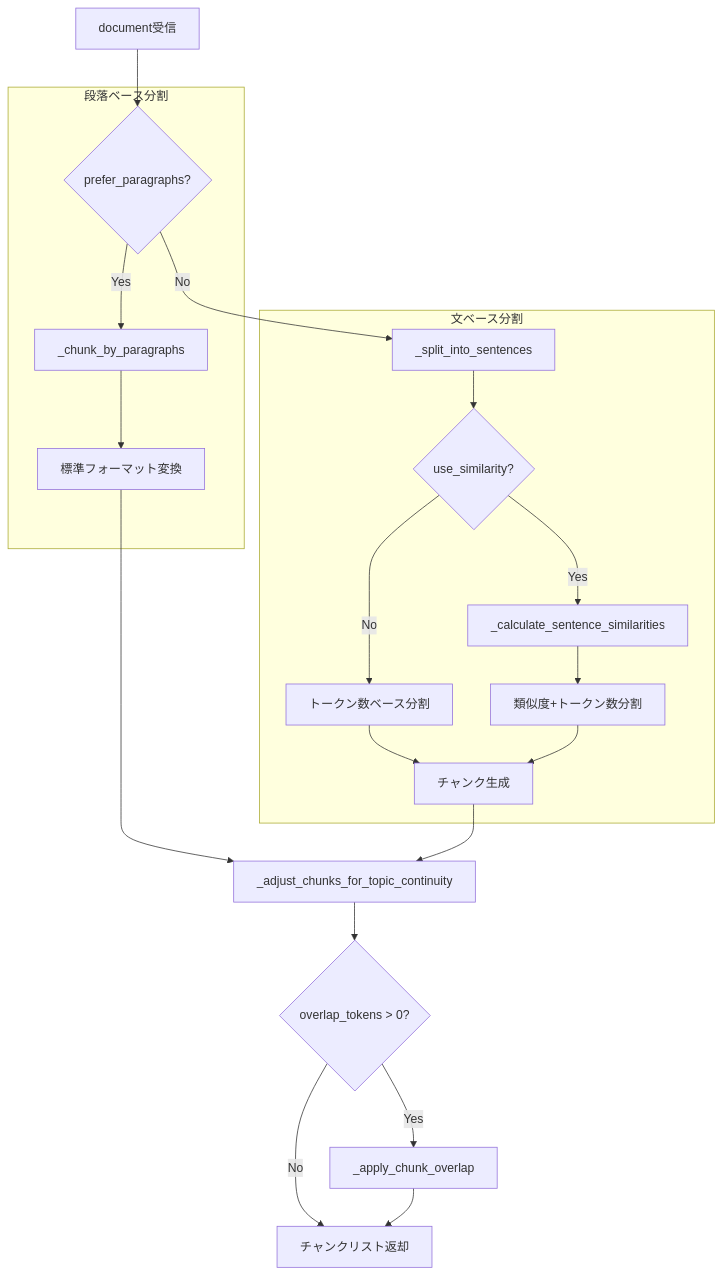
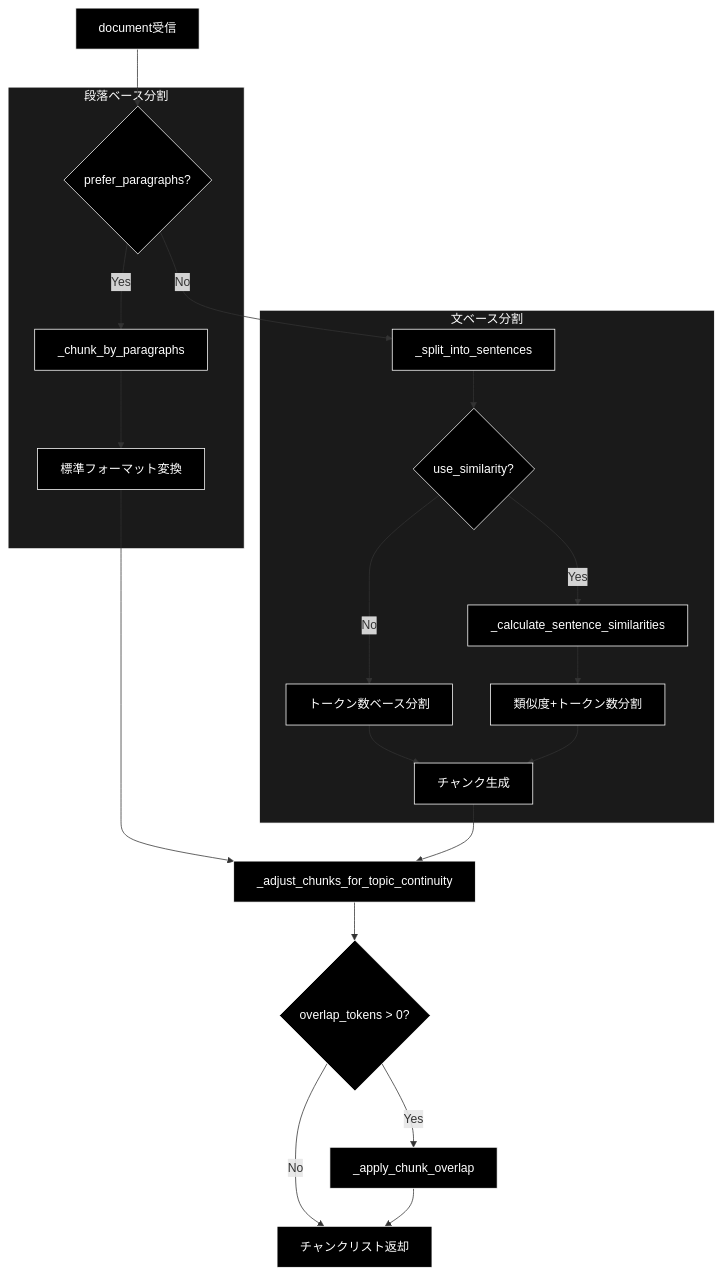
One commit to nakashima2toshio/ollama_grace_agent_v2 changed the third of 9 diagrams in qa_generation/doc/semantic.md. Above: the diagram before and after it, drawn with Mermaid. The commit also changed other lines of this file and 7 other files, not shown here.

````diff
--- a/qa_generation/doc/semantic.md
+++ b/qa_generation/doc/semantic.md
@@ -164,26 +173,31 @@
 ```mermaid
 flowchart TD
     A[document受信] --> B{prefer_paragraphs?}
 
     subgraph "段落ベース分割"
         B -->|Yes| C[_chunk_by_paragraphs]
         C --> D[標準フォーマット変換]
     end
 
     subgraph "文ベース分割"
         B -->|No| E[_split_into_sentences]
         E --> F{use_similarity?}
         F -->|Yes| G[_calculate_sentence_similarities]
         F -->|No| H[トークン数ベース分割]
         G --> I[類似度+トークン数分割]
         H --> J[チャンク生成]
         I --> J
     end
 
     D --> K[_adjust_chunks_for_topic_continuity]
     J --> K
     K --> L{overlap_tokens > 0?}
     L -->|Yes| M[_apply_chunk_overlap]
     L -->|No| N[チャンクリスト返却]
     M --> N
+classDef default fill:#000,stroke:#fff,color:#fff
+classDef subgraphStyle fill:#1a1a1a,stroke:#fff,color:#fff
+class A,B,C,D,E,F,G,H,I,J,K,L,M,N default
+style 段落ベース分割 fill:#1a1a1a,stroke:#fff,color:#fff
+style 文ベース分割 fill:#1a1a1a,stroke:#fff,color:#fff
 ```
````
